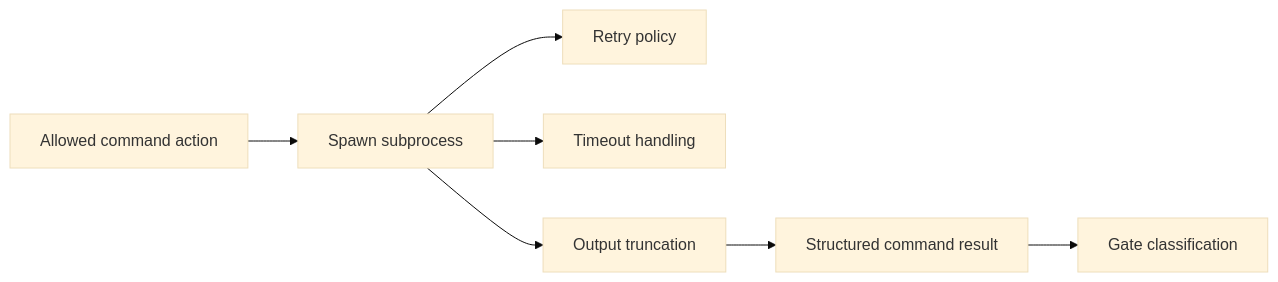
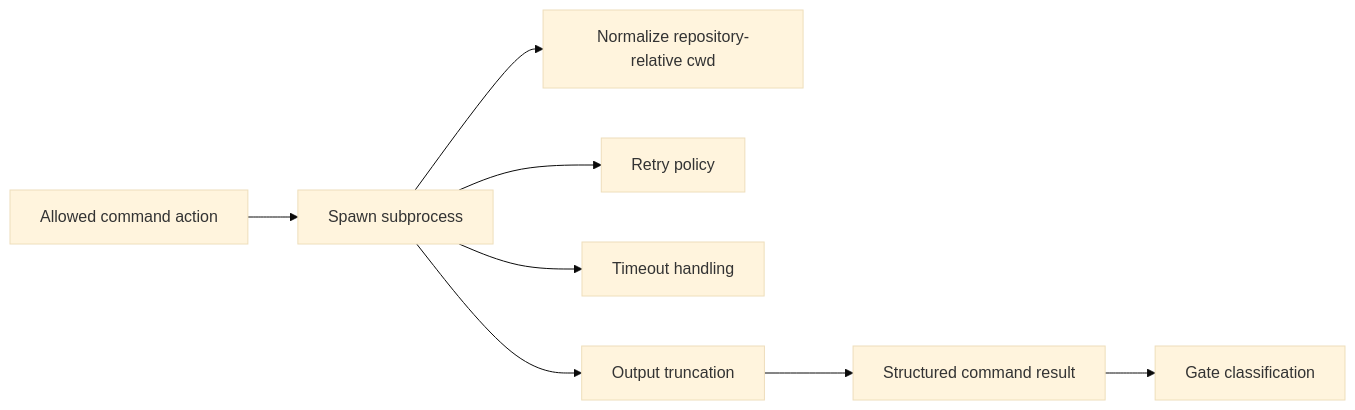
Before and after one commit to VannaDii/ironloom: the diagram in packages/execution/README.md, drawn with Mermaid (base theme). The commit also changed other lines of this file and 99 other files, not shown here.

````diff
--- a/packages/execution/README.md
+++ b/packages/execution/README.md
@@ -11,9 +11,10 @@
 ```mermaid
 flowchart LR
   Policy[Allowed command action] --> Execute[Spawn subprocess]
+  Execute --> Cwd[Normalize repository-relative cwd]
   Execute --> Retry[Retry policy]
   Execute --> Timeout[Timeout handling]
   Execute --> Output[Output truncation]
   Output --> Result[Structured command result]
   Result --> Gates[Gate classification]
 ```
````
